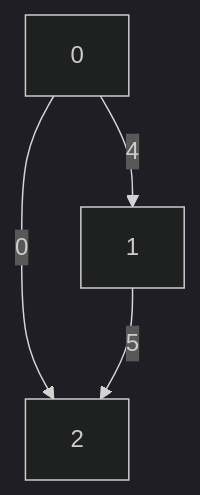
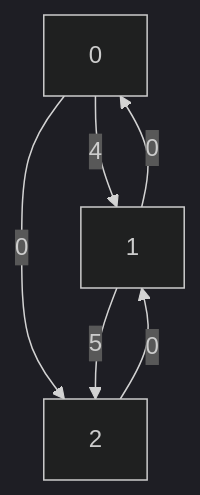
The diagram in README.md (fikisipi/elkai), drawn with Mermaid (dark theme) before and after one commit.

````diff
--- a/README.md
+++ b/README.md
@@ -32,6 +32,8 @@
 ```mermaid
 graph TD;
     0-->|4|1;
+    1-->|0|0;
     0-->|0|2;
     1-->|5|2;
+    2-->|0|1;
 ```
````
